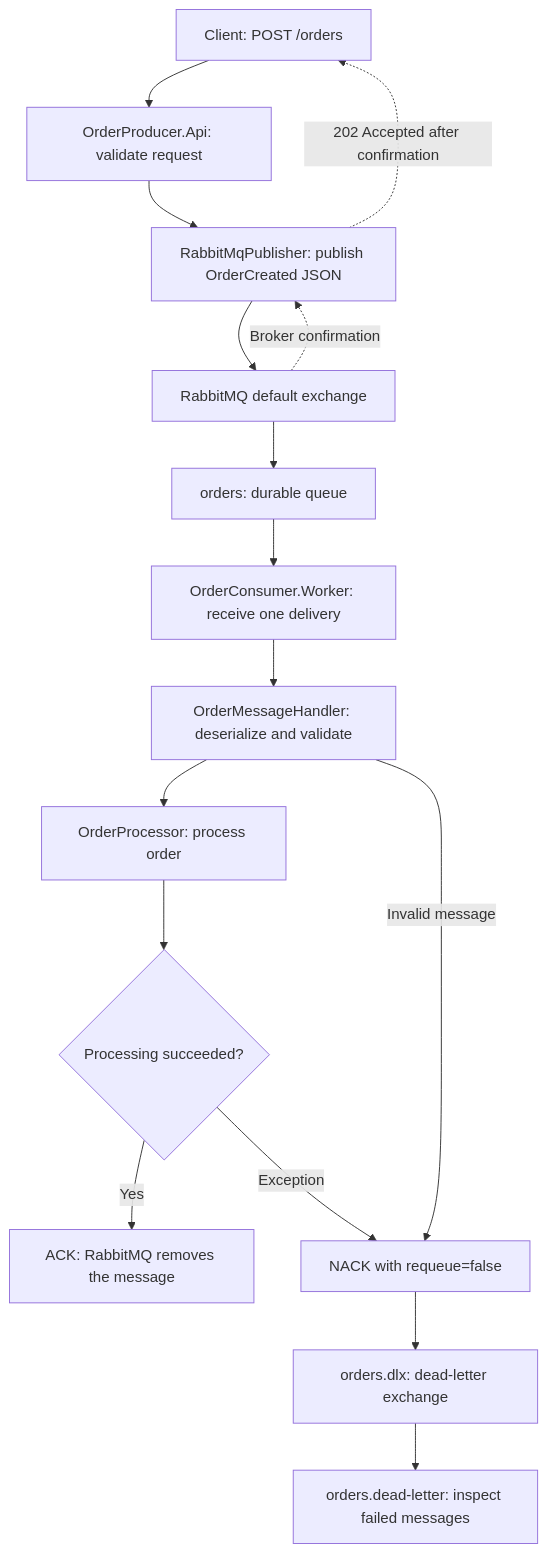
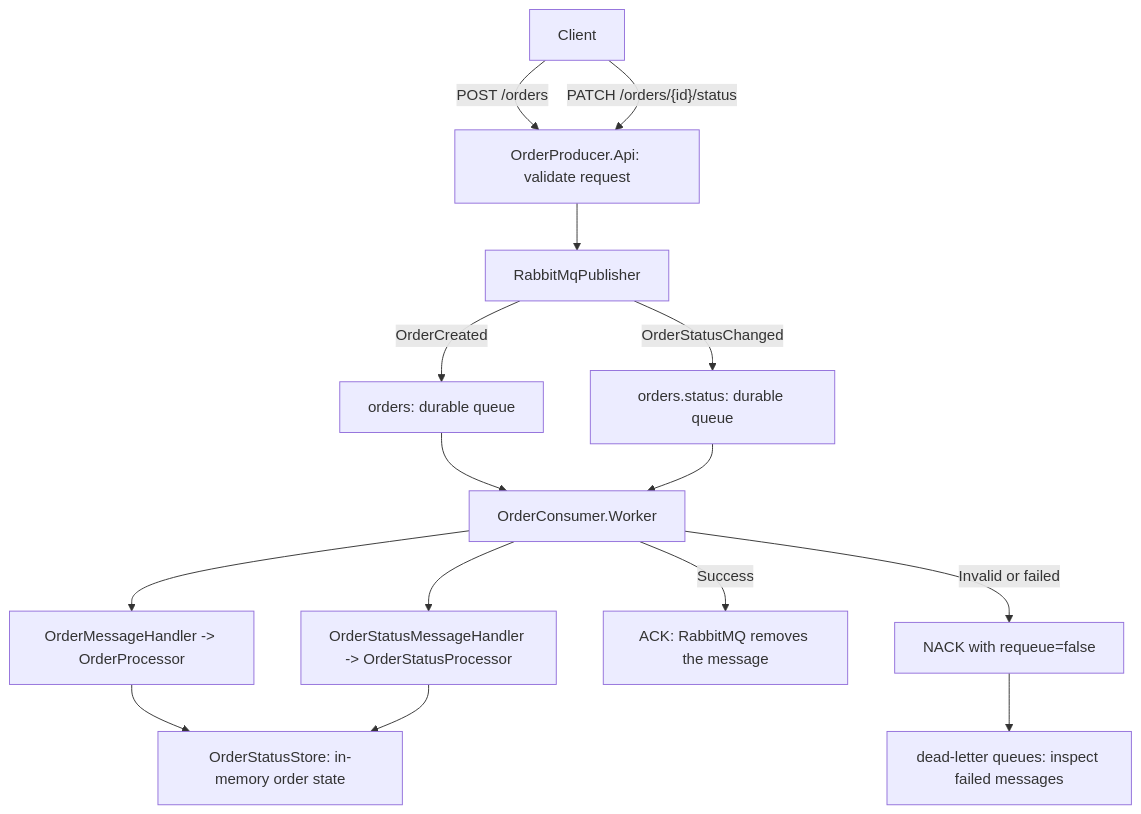
The diagram in README.md (Sopanhaa/message.broker), drawn with Mermaid before and after one commit. The commit also changed other lines of this file and 17 other files, not shown here.

Commit message:
Added product details to orders and RabbitMQ

````diff
--- a/README.md
+++ b/README.md
@@ -7,18 +7,17 @@
 ```mermaid
 flowchart TD
-    Client["Client: POST /orders"] --> API["OrderProducer.Api: validate request"]
-    API --> Publisher["RabbitMqPublisher: publish OrderCreated JSON"]
-    Publisher --> Exchange["RabbitMQ default exchange"]
-    Exchange --> Queue["orders: durable queue"]
-    Exchange -. "Broker confirmation" .-> Publisher
-    Publisher -. "202 Accepted after confirmation" .-> Client
-    Queue --> Worker["OrderConsumer.Worker: receive one delivery"]
-    Worker --> Handler["OrderMessageHandler: deserialize and validate"]
-    Handler --> Processor["OrderProcessor: process order"]
-    Processor --> Success{"Processing succeeded?"}
-    Success -->|Yes| Ack["ACK: RabbitMQ removes the message"]
-    Handler -->|Invalid message| Reject["NACK with requeue=false"]
-    Success -->|Exception| Reject
-    Reject --> DLX["orders.dlx: dead-letter exchange"]
-    DLX --> DLQ["orders.dead-letter: inspect failed messages"]
+    Client["Client"] -->|"POST /orders"| API["OrderProducer.Api: validate request"]
+    Client -->|"PATCH /orders/{id}/status"| API
+    API --> Publisher["RabbitMqPublisher"]
+    Publisher -->|"OrderCreated"| Queue["orders: durable queue"]
+    Publisher -->|"OrderStatusChanged"| StatusQueue["orders.status: durable queue"]
+    Queue --> Worker["OrderConsumer.Worker"]
+    StatusQueue --> Worker
+    Worker --> OrderPath["OrderMessageHandler -> OrderProcessor"]
+    Worker --> StatusPath["OrderStatusMessageHandler -> OrderStatusProcessor"]
+    OrderPath --> Store["OrderStatusStore: in-memory order state"]
+    StatusPath --> Store
+    Worker -->|"Success"| Ack["ACK: RabbitMQ removes the message"]
+    Worker -->|"Invalid or failed"| Reject["NACK with requeue=false"]
+    Reject --> DLQ["dead-letter queues: inspect failed messages"]
 ```
````
